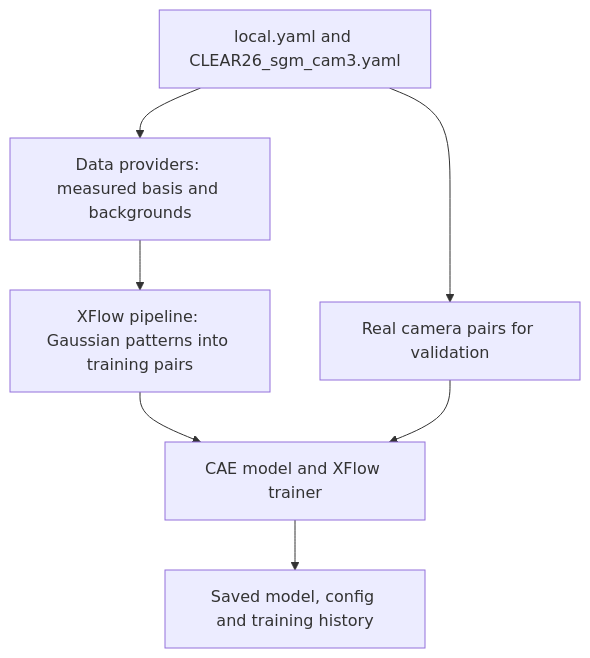
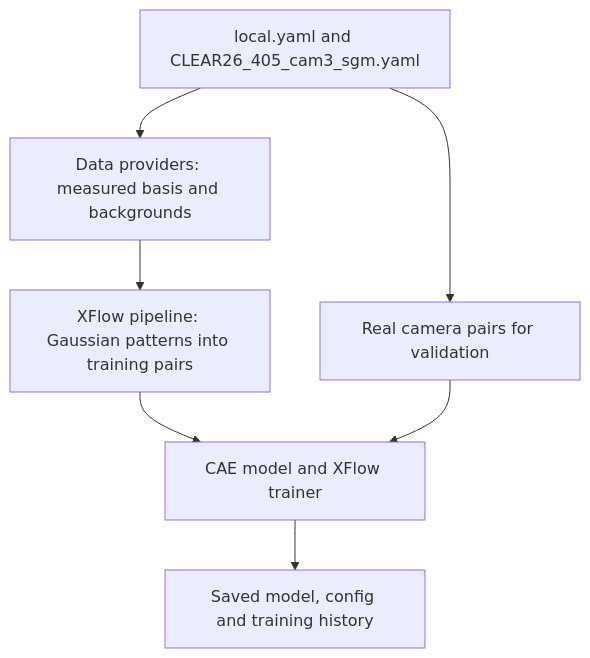
Before and after one commit to Andrew-XQY/fiber-image-reconstruction: the diagram in README.md, drawn with Mermaid. The commit also changed other lines of this file and 16 other files, not shown here.

````diff
--- a/README.md
+++ b/README.md
@@ -58,9 +58,9 @@
 ```mermaid
 flowchart TD
-    A["local.yaml and CLEAR26_sgm_cam3.yaml"] --> B["Data providers: measured basis and backgrounds"]
+    A["local.yaml and CLEAR26_405_cam3_sgm.yaml"] --> B["Data providers: measured basis and backgrounds"]
     A --> E["Real camera pairs for validation"]
     B --> C["XFlow pipeline: Gaussian patterns into training pairs"]
     C --> D["CAE model and XFlow trainer"]
     E --> D
     D --> F["Saved model, config and training history"]
 ```
````
